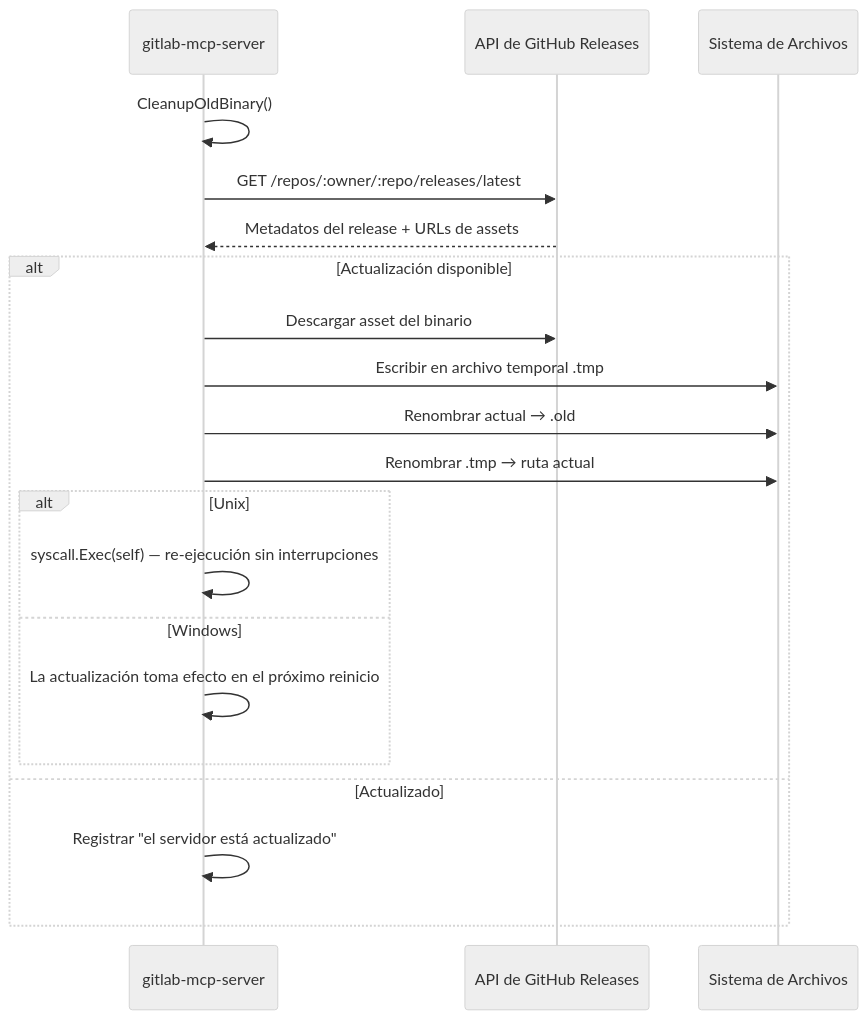
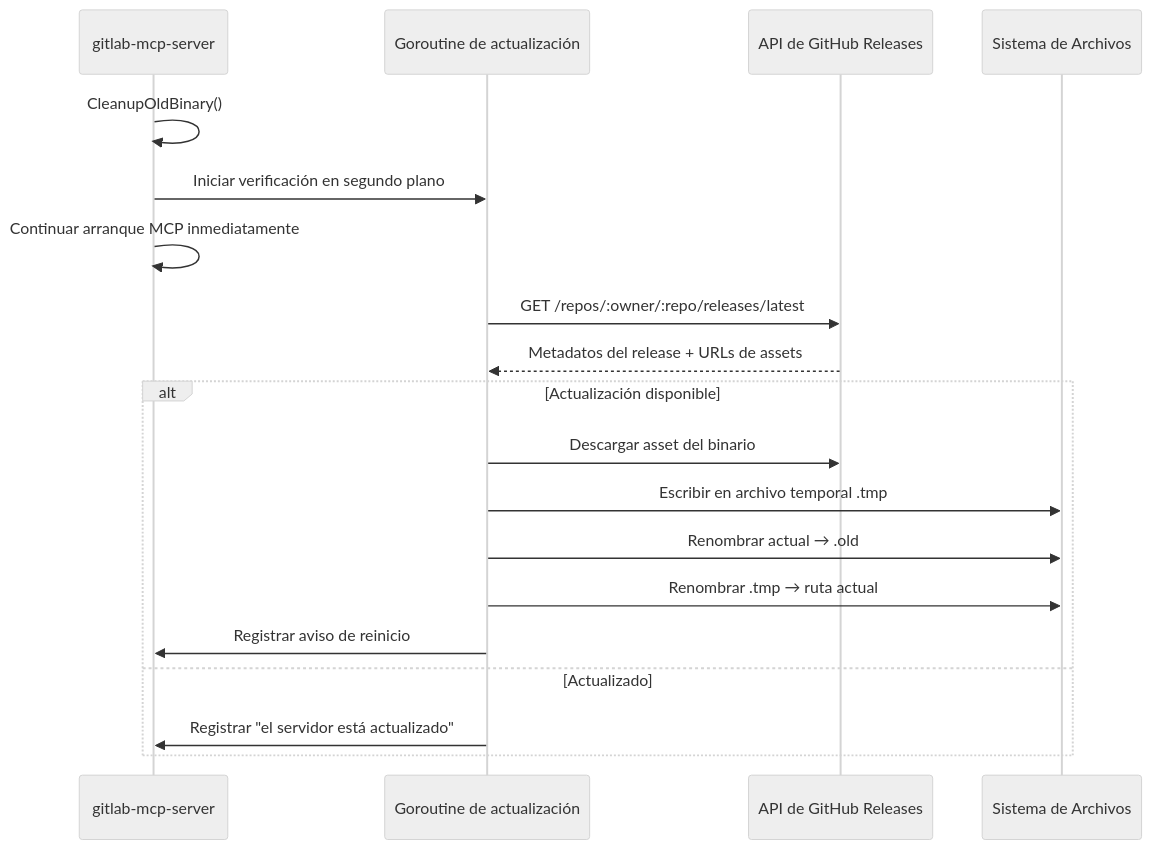
The diagram in site/src/content/docs/es/operations/auto-update.mdx (jmrplens/gitlab-mcp-server), drawn with Mermaid (neutral theme) before and after one commit. The commit also changed other lines of this file and 626 other files, not shown here.

````diff
--- a/site/src/content/docs/es/operations/auto-update.mdx
+++ b/site/src/content/docs/es/operations/auto-update.mdx
@@ -26,23 +26,22 @@
 ```mermaid
 sequenceDiagram
     participant Server as gitlab-mcp-server
+    participant Update as Goroutine de actualización
     participant GitHub as API de GitHub Releases
     participant FS as Sistema de Archivos
 
     Server->>Server: CleanupOldBinary()
-    Server->>GitHub: GET /repos/:owner/:repo/releases/latest
-    GitHub-->>Server: Metadatos del release + URLs de assets
+    Server->>Update: Iniciar verificación en segundo plano
+    Server->>Server: Continuar arranque MCP inmediatamente
+    Update->>GitHub: GET /repos/:owner/:repo/releases/latest
+    GitHub-->>Update: Metadatos del release + URLs de assets
     alt Actualización disponible
-        Server->>GitHub: Descargar asset del binario
-        Server->>FS: Escribir en archivo temporal .tmp
-        Server->>FS: Renombrar actual → .old
-        Server->>FS: Renombrar .tmp → ruta actual
-        alt Unix
-            Server->>Server: syscall.Exec(self) — re-ejecución sin interrupciones
-        else Windows
-            Server->>Server: La actualización toma efecto en el próximo reinicio
-        end
+        Update->>GitHub: Descargar asset del binario
+        Update->>FS: Escribir en archivo temporal .tmp
+        Update->>FS: Renombrar actual → .old
+        Update->>FS: Renombrar .tmp → ruta actual
+        Update->>Server: Registrar aviso de reinicio
     else Actualizado
-        Server->>Server: Registrar "el servidor está actualizado"
+        Update->>Server: Registrar "el servidor está actualizado"
     end
 ```
````
